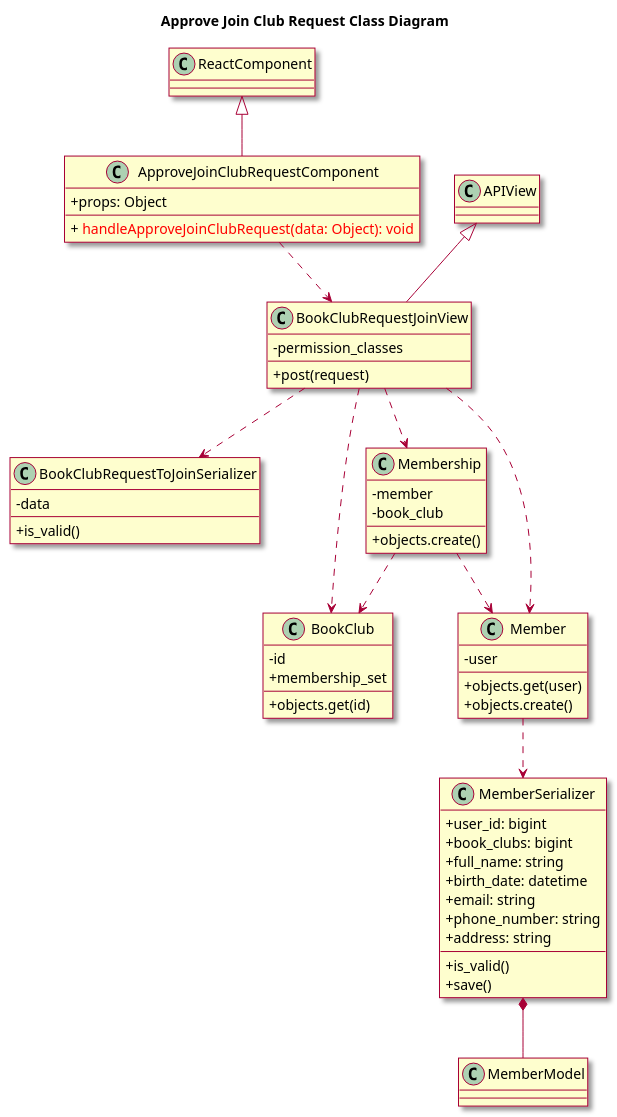
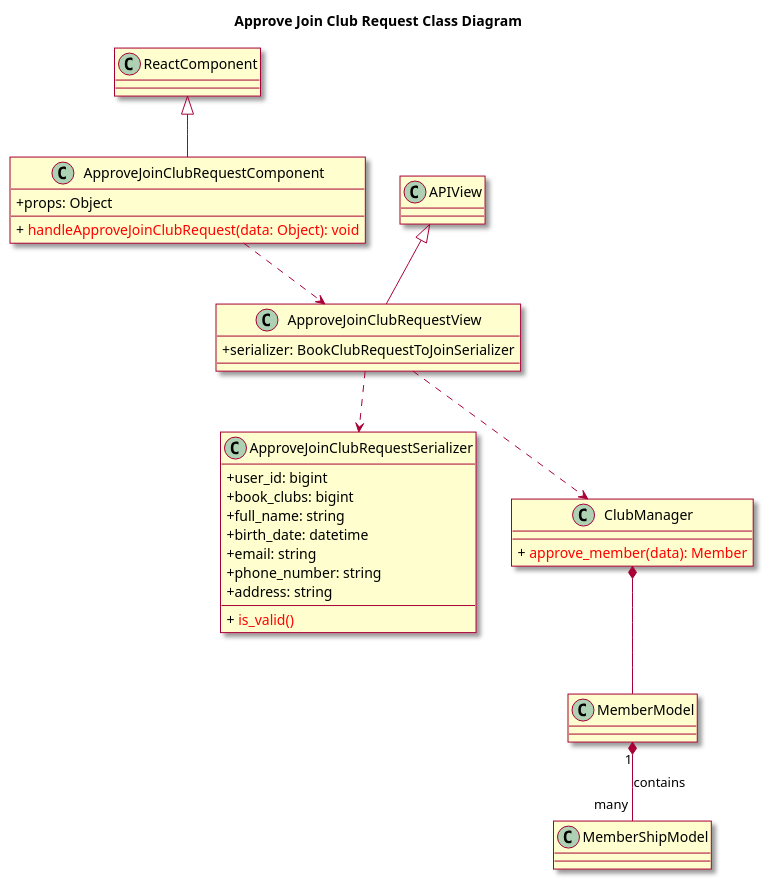
One commit to ljttl3q04t/Book-Over-There changed the diagram in uml/021-class-approve-join-club-request.wsd. Above: the diagram before and after it, drawn with PlantUML.

Commit message:
update 021

```diff
--- a/uml/021-class-approve-join-club-request.wsd
+++ b/uml/021-class-approve-join-club-request.wsd
@@ -1,67 +1,41 @@
 @startuml
 
 skin rose
 skinparam classAttributeIconSize 0
 
 title Approve Join Club Request Class Diagram
 class ReactComponent
 
 class ApproveJoinClubRequestComponent {
 	+ props: Object
 	+ {method} <color:red> handleApproveJoinClubRequest(data: Object): void
 }
-class BookClubRequestJoinView {
-  - permission_classes
-  + post(request)
+class ApproveJoinClubRequestView {
+  + serializer: BookClubRequestToJoinSerializer
 }
 
-class BookClubRequestToJoinSerializer {
-  - data
-  + is_valid()
+class ApproveJoinClubRequestSerializer {
+  + user_id: bigint
+  + book_clubs: bigint
+  + full_name: string
+  + birth_date: datetime 
+  + email: string
+  + phone_number: string
+  + address: string
+  + {method} <color:red> is_valid()
 }
-
-class BookClub {
-  - id
-  + objects.get(id)
-  + membership_set
-}
-
-class Member {
-  - user
-  + objects.get(user)
-  + objects.create()
-}
-
-class MemberSerializer {
-  	+ user_id: bigint
-    + book_clubs: bigint
-    + full_name: string
-    + birth_date: datetime 
-    + email: string
-    + phone_number: string
-    + address: string
-  + is_valid()
-  + save()
-}
-
-class Membership {
-  - member
-  - book_club
-  + objects.create()
+class ClubManager{
+  + {method} <color:red> approve_member(data): Member
 }
 class MemberModel{
 
 }
 ReactComponent <|-- ApproveJoinClubRequestComponent
-APIView <|-- BookClubRequestJoinView
-ApproveJoinClubRequestComponent ..> BookClubRequestJoinView
-BookClubRequestJoinView ..> BookClubRequestToJoinSerializer
-BookClubRequestJoinView ..> BookClub
-BookClubRequestJoinView ..> Member
-BookClubRequestJoinView ..> Membership
-Member ..> MemberSerializer
-Membership ..> Member
-Membership ..> BookClub
-MemberSerializer *-- MemberModel
+APIView <|-- ApproveJoinClubRequestView
+ApproveJoinClubRequestComponent ..> ApproveJoinClubRequestView
+ApproveJoinClubRequestView ..> ApproveJoinClubRequestSerializer
+ApproveJoinClubRequestView ..> ClubManager
+ClubManager *-- MemberModel
 
+MemberModel "1" *-- "many" MemberShipModel : contains
 @enduml
```
